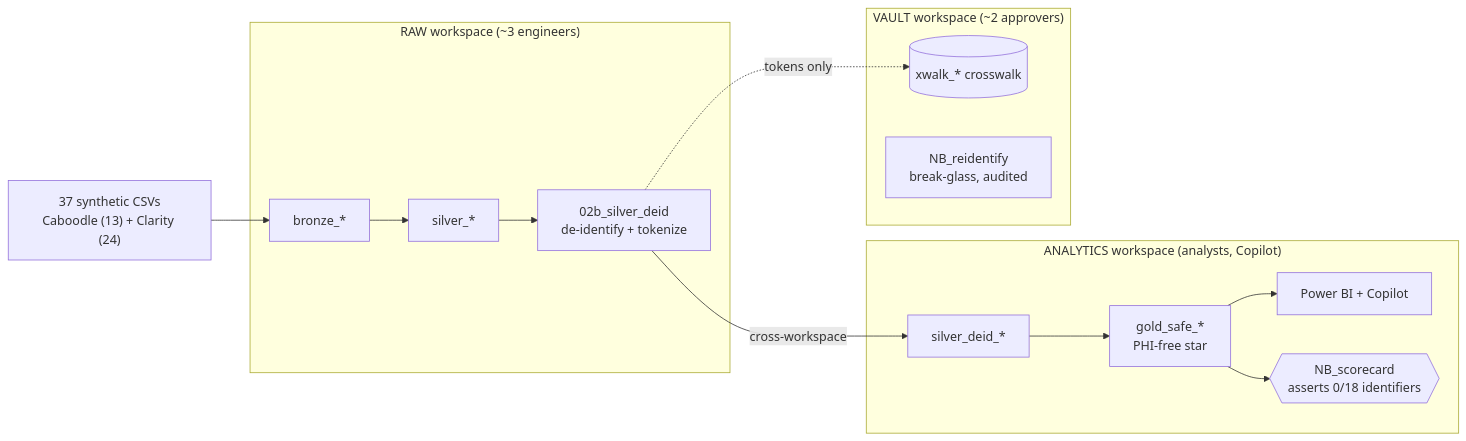
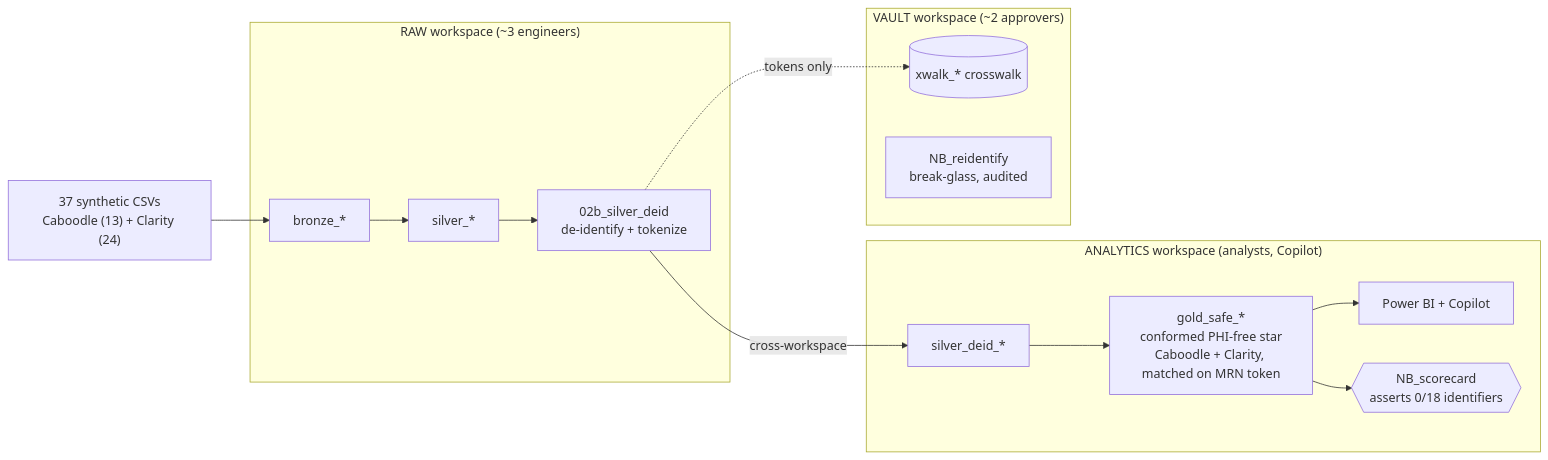
Before and after one commit to rasgiza/fabric-phi-deidentification-accelerator: the diagram in README.md, drawn with Mermaid. The commit also changed other lines of this file and 8 other files, not shown here.

First line of the commit message:
feat(gold): conform Epic Clarity into the gold star

````diff
--- a/README.md
+++ b/README.md
@@ -50,20 +50,20 @@
 ```mermaid
 flowchart LR
     CSV["37 synthetic CSVs<br/>Caboodle (13) + Clarity (24)"] --> B[bronze_*]
     subgraph RAW["RAW workspace (~3 engineers)"]
         B --> S[silver_*]
         S --> D[02b_silver_deid<br/>de-identify + tokenize]
     end
     subgraph ANALYTICS["ANALYTICS workspace (analysts, Copilot)"]
         D -->|cross-workspace| SD[silver_deid_*]
-        SD --> G[gold_safe_*<br/>PHI-free star]
+        SD --> G["gold_safe_*<br/>conformed PHI-free star<br/>Caboodle + Clarity, matched on MRN token"]
         G --> BI[Power BI + Copilot]
         SC{{NB_scorecard<br/>asserts 0/18 identifiers}}
     end
     subgraph VAULT["VAULT workspace (~2 approvers)"]
         XW[(xwalk_* crosswalk)]
         RE[NB_reidentify<br/>break-glass, audited]
     end
     D -.->|tokens only| XW
     G --> SC
 ```
````
